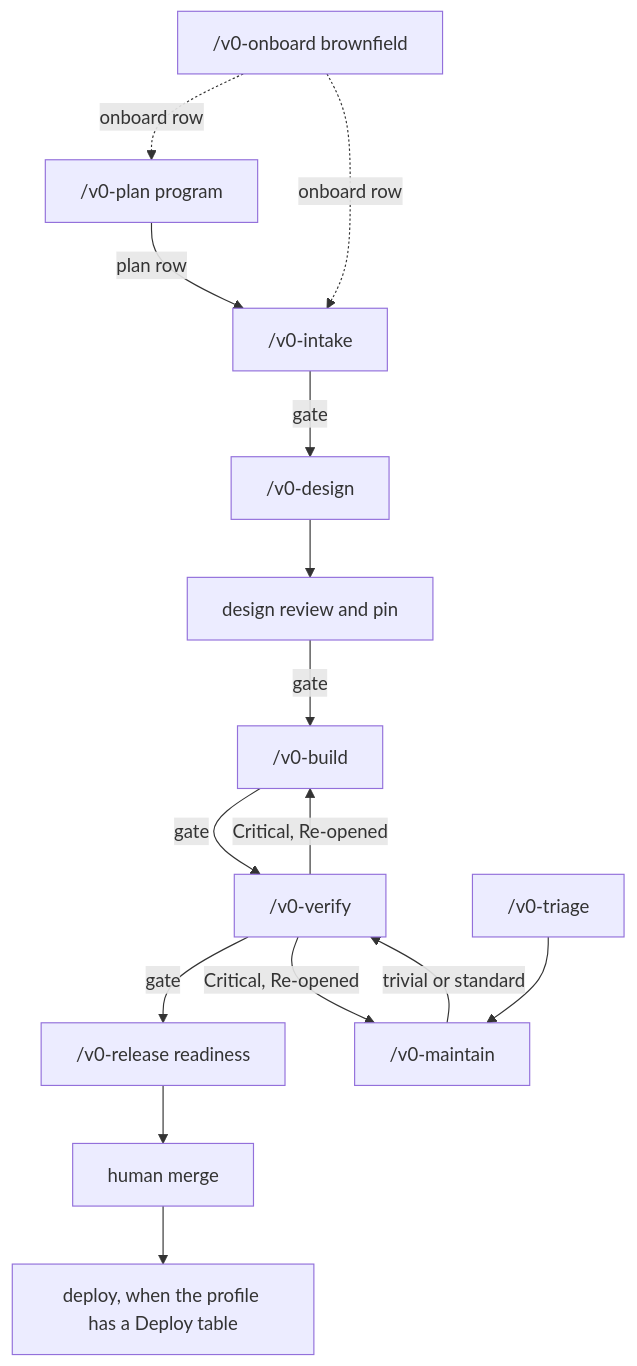
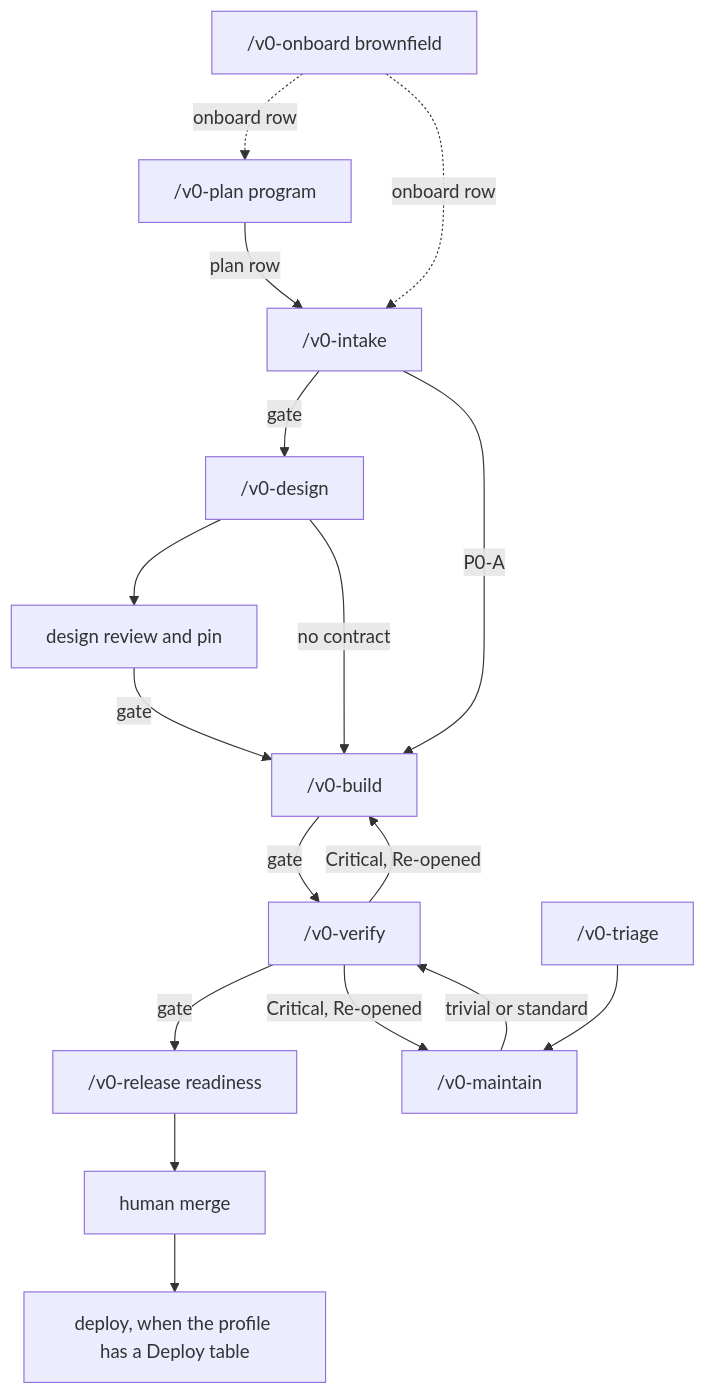
The diagram in templates/docs/agents-v0/agents-v0-kit.md (mdurana/agents-v0-kit), drawn with Mermaid before and after one commit. The commit also changed other lines of this file and 25 other files, not shown here.

````diff
--- a/templates/docs/agents-v0/agents-v0-kit.md
+++ b/templates/docs/agents-v0/agents-v0-kit.md
@@ -9,30 +9,32 @@
 ```mermaid
 flowchart TD
   onboard["/v0-onboard brownfield"]
   plan["/v0-plan program"]
   intake["/v0-intake"]
   design["/v0-design"]
   dreview["design review and pin"]
   build["/v0-build"]
   verify["/v0-verify"]
   release["/v0-release readiness"]
   merge["human merge"]
   deploy["deploy, when the profile has a Deploy table"]
   triage["/v0-triage"]
   maintain["/v0-maintain"]
 
   onboard -.->|onboard row| plan
   onboard -.->|onboard row| intake
   plan -->|plan row| intake
   intake -->|gate| design
   design --> dreview
   dreview -->|gate| build
+  intake -->|P0-A| build
+  design -->|no contract| build
   build -->|gate| verify
   verify -->|Critical, Re-opened| build
   verify -->|gate| release
   release --> merge
   merge --> deploy
   triage --> maintain
   maintain -->|trivial or standard| verify
   verify -->|Critical, Re-opened| maintain
 ```
````
